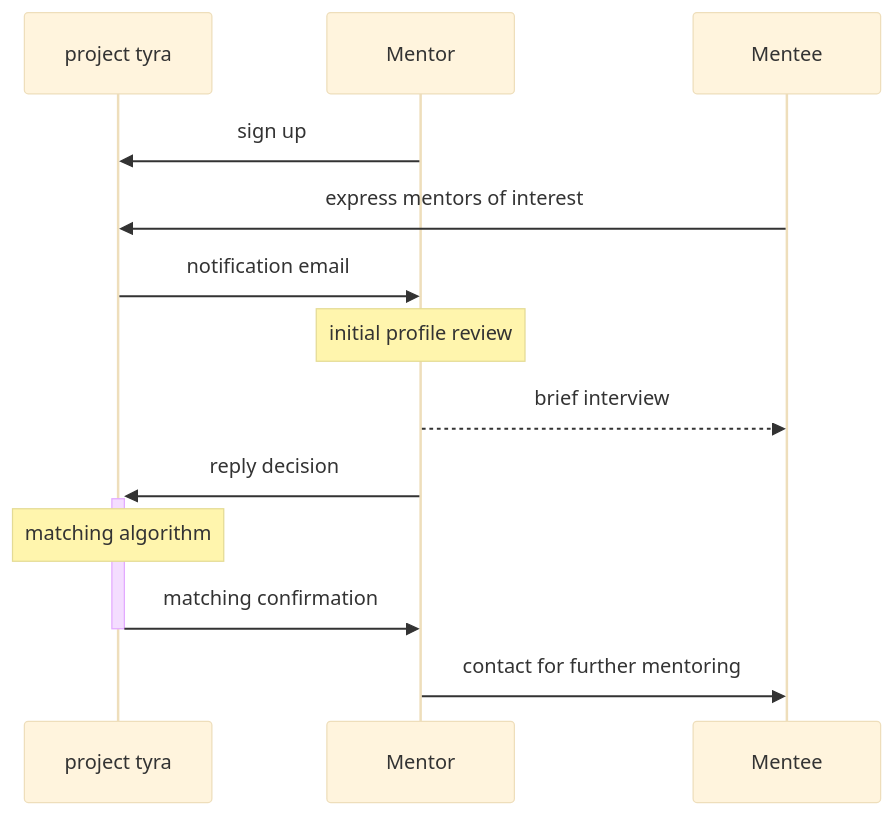
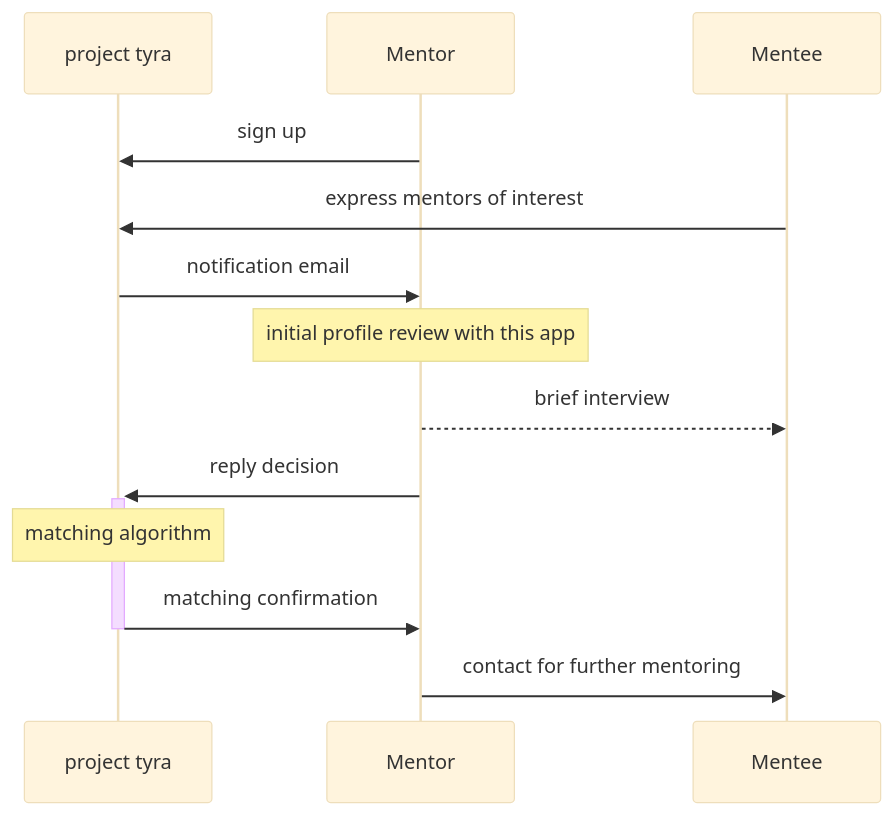
Before and after one commit to ChenHsieh/MMP_screening: the diagram in README.md, drawn with Mermaid (base theme).

````diff
--- a/README.md
+++ b/README.md
@@ -22,13 +22,13 @@
 ```mermaid
 sequenceDiagram
 	link project tyra: website @ https://sites.google.com/view/projecttyra/home
 	Mentor ->> project tyra: sign up
     Mentee ->> project tyra: express mentors of interest
     project tyra ->> Mentor: notification email
-    Note over Mentor: initial profile review
+    Note over Mentor: initial profile review with this app
     Mentor -->> Mentee: brief interview
     Mentor ->>+ project tyra: reply decision
     Note over project tyra: matching algorithm
     project tyra ->>- Mentor: matching confirmation
     Mentor ->> Mentee: contact for further mentoring
 ```
````
